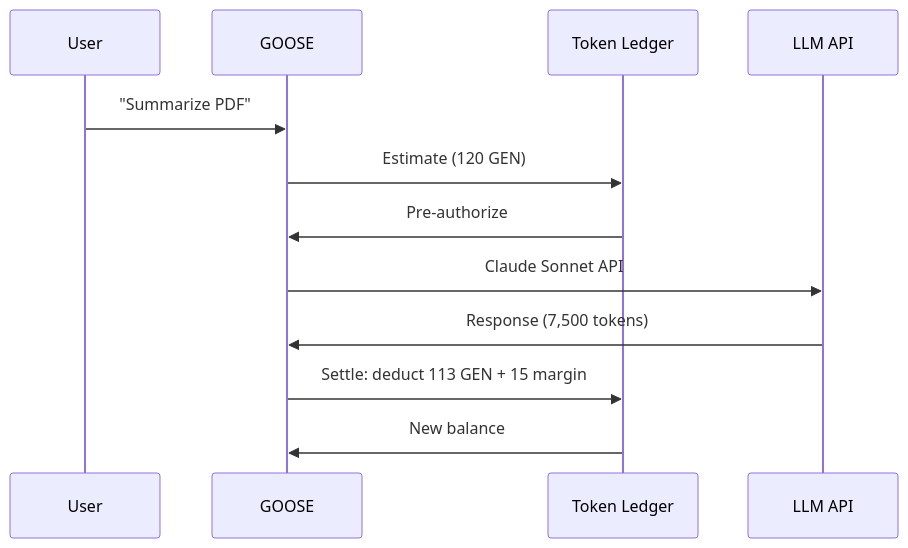
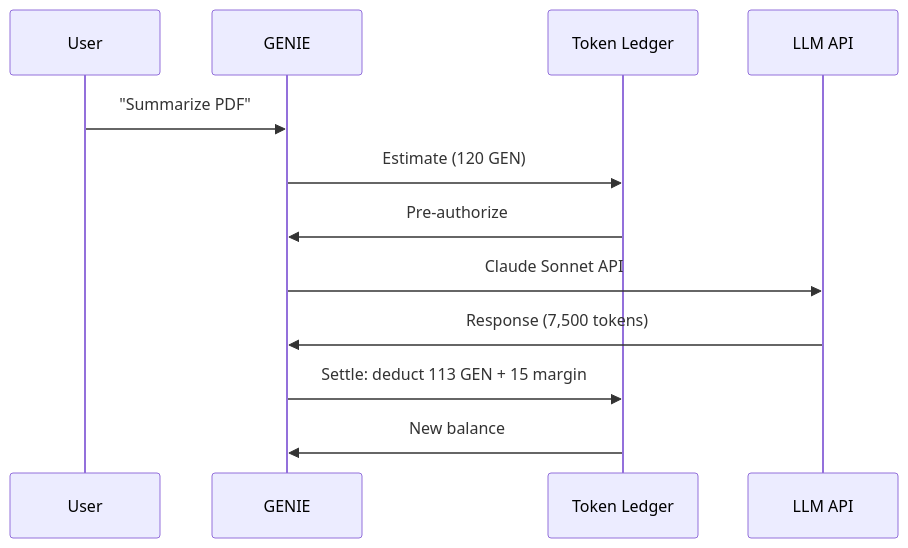
Before and after one commit to modu-ai/mink: the second of 3 diagrams in .moai/project/token-economy.md, drawn with Mermaid. The commit also changed other lines of this file and 149 other files, not shown here.

First line of the commit message:
refactor: goose → genie 식별자 전면 치환 (L3 전환 1/2)

````diff
--- a/.moai/project/token-economy.md
+++ b/.moai/project/token-economy.md
@@ -194,15 +194,15 @@
 ```mermaid
 sequenceDiagram
     participant U as User
-    participant G as GOOSE
+    participant G as GENIE
     participant T as Token Ledger
     participant LLM as LLM API
     
     U->>G: "Summarize PDF"
     G->>T: Estimate (120 GEN)
     T->>G: Pre-authorize
     G->>LLM: Claude Sonnet API
     LLM->>G: Response (7,500 tokens)
     G->>T: Settle: deduct 113 GEN + 15 margin
     T->>G: New balance
 ```
````
